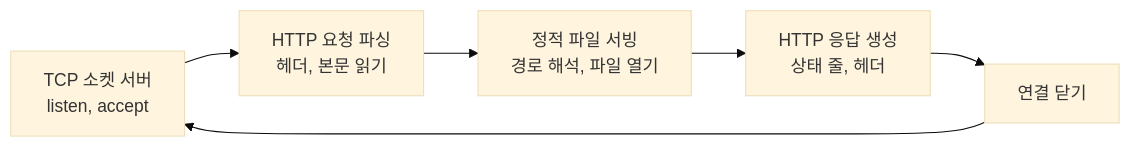
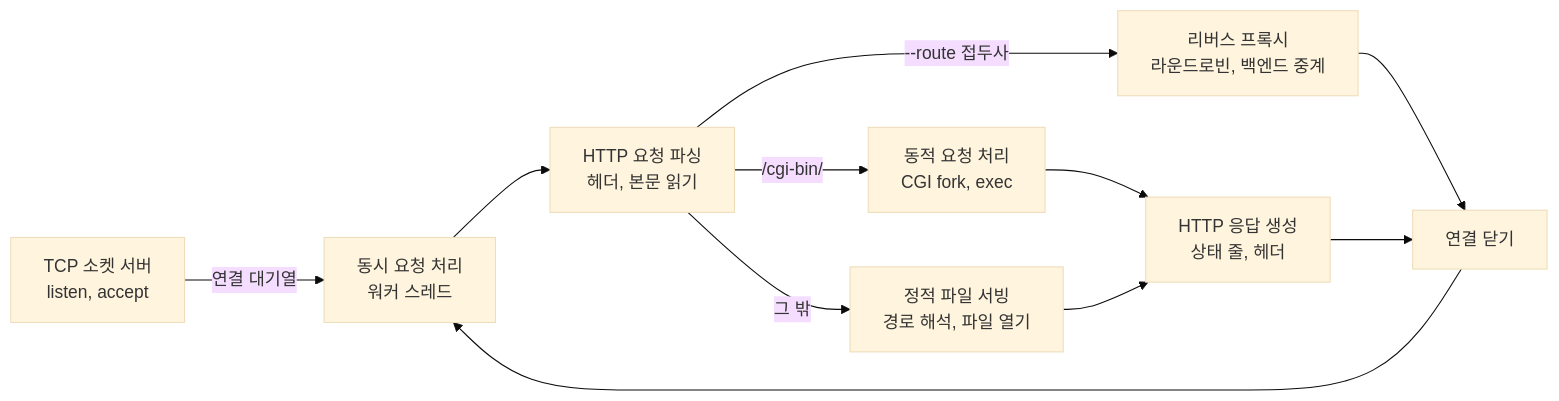
The diagram in docs/README.md (choimoohun/SW-AI-W13-Web-Server), drawn with Mermaid (base theme) before and after one commit. The commit also changed other lines of this file and 42 other files, not shown here.

First line of the commit message:
feat: CGI·스레드 풀·리버스 프록시로 5~7단계 구현 (#31)

````diff
--- a/docs/README.md
+++ b/docs/README.md
@@ -13,8 +13,13 @@
 ```mermaid
 flowchart LR
-    A["TCP 소켓 서버<br/>listen, accept"] --> B["HTTP 요청 파싱<br/>헤더, 본문 읽기"]
-    B --> C["정적 파일 서빙<br/>경로 해석, 파일 열기"]
+    A["TCP 소켓 서버<br/>listen, accept"] -->|"연결 대기열"| W["동시 요청 처리<br/>워커 스레드"]
+    W --> B["HTTP 요청 파싱<br/>헤더, 본문 읽기"]
+    B -->|"--route 접두사"| P["리버스 프록시<br/>라운드로빈, 백엔드 중계"]
+    P --> E
+    B -->|"그 밖"| C["정적 파일 서빙<br/>경로 해석, 파일 열기"]
+    B -->|"/cgi-bin/"| G["동적 요청 처리<br/>CGI fork, exec"]
+    G --> D
     C --> D["HTTP 응답 생성<br/>상태 줄, 헤더"]
     D --> E["연결 닫기"]
-    E --> A
+    E --> W
 ```
````
